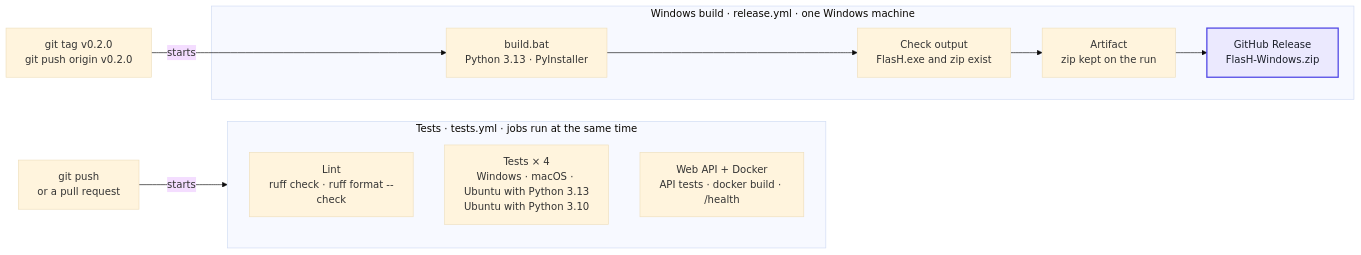
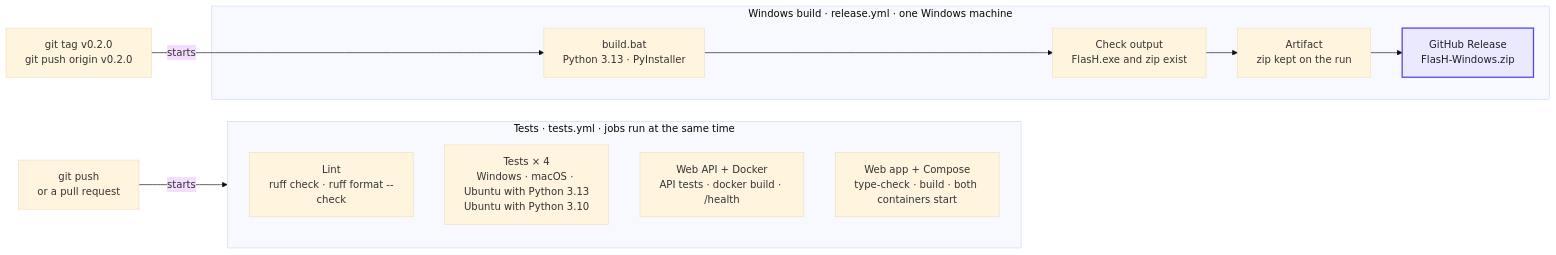
One commit to IvanSpinko/FlasH changed the third of 3 diagrams in docs/ARCHITECTURE.md. Above: the diagram before and after it, drawn with Mermaid (base theme). The commit also changed other lines of this file and 1 other file, not shown here.

First line of the commit message:
docs: describe the web version and how to run it

````diff
--- a/docs/ARCHITECTURE.md
+++ b/docs/ARCHITECTURE.md
@@ -101,19 +107,20 @@
 ```mermaid
 flowchart LR
     push["git push<br/>or a pull request"] -- "starts" --> tests
 
     subgraph tests["Tests · tests.yml · jobs run at the same time"]
         lint["Lint<br/>ruff check · ruff format --check"]
         matrix["Tests × 4<br/>Windows · macOS · Ubuntu with Python 3.13<br/>Ubuntu with Python 3.10"]
         apijob["Web API + Docker<br/>API tests · docker build · /health"]
+        webjob["Web app + Compose<br/>type-check · build · both containers start"]
     end
 
     tag["git tag v0.2.0<br/>git push origin v0.2.0"] -- "starts" --> build
 
     subgraph release["Windows build · release.yml · one Windows machine"]
         build["build.bat<br/>Python 3.13 · PyInstaller"] --> check["Check output<br/>FlasH.exe and zip exist"] --> artifact["Artifact<br/>zip kept on the run"] --> gh["GitHub Release<br/>FlasH-Windows.zip"]
     end
 
     classDef hub fill:#ebe9fe,stroke:#4f46e5,stroke-width:2px,color:#1b1f2a
     class gh hub
 ```
````
